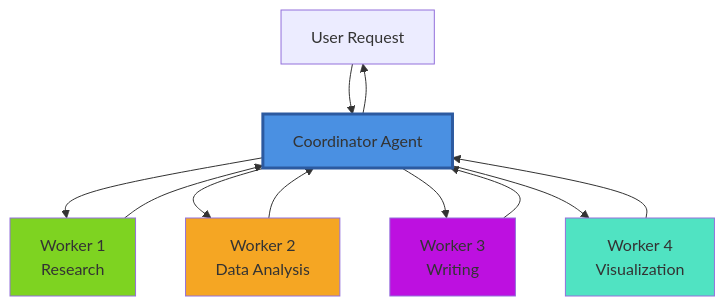
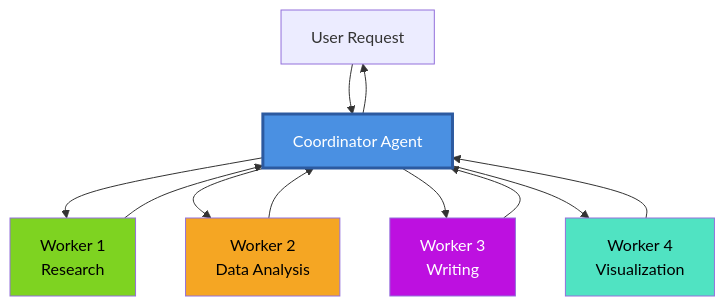
One commit to EideticPleroma/tutorials changed the first of 5 diagrams in lesson-2-multi-agent/tutorial-2/architecture/coordinator-patterns.md. Above: the diagram before and after it, drawn with Mermaid. The commit also changed other lines of this file and 7 other files, not shown here.

First line of the commit message:
docs: implement color contrast standards across all diagrams

````diff
--- a/lesson-2-multi-agent/tutorial-2/architecture/coordinator-patterns.md
+++ b/lesson-2-multi-agent/tutorial-2/architecture/coordinator-patterns.md
@@ -11,21 +11,21 @@
 ```mermaid
 graph TD
     User[User Request] --> Coordinator[Coordinator Agent]
     Coordinator --> W1[Worker 1<br/>Research]
     Coordinator --> W2[Worker 2<br/>Data Analysis]
     Coordinator --> W3[Worker 3<br/>Writing]
     Coordinator --> W4[Worker 4<br/>Visualization]
     
     W1 --> Coordinator
     W2 --> Coordinator
     W3 --> Coordinator
     W4 --> Coordinator
     
     Coordinator --> User
     
-    style Coordinator fill:#4A90E2,stroke:#2C5AA0,stroke-width:3px
-    style W1 fill:#7ED321
-    style W2 fill:#F5A623
-    style W3 fill:#BD10E0
-    style W4 fill:#50E3C2
+    style Coordinator fill:#4A90E2,stroke:#2C5AA0,stroke-width:3px,color:#FFFFFF
+    style W1 fill:#7ED321,color:#000000
+    style W2 fill:#F5A623,color:#000000
+    style W3 fill:#BD10E0,color:#FFFFFF
+    style W4 fill:#50E3C2,color:#000000
 ```
````
